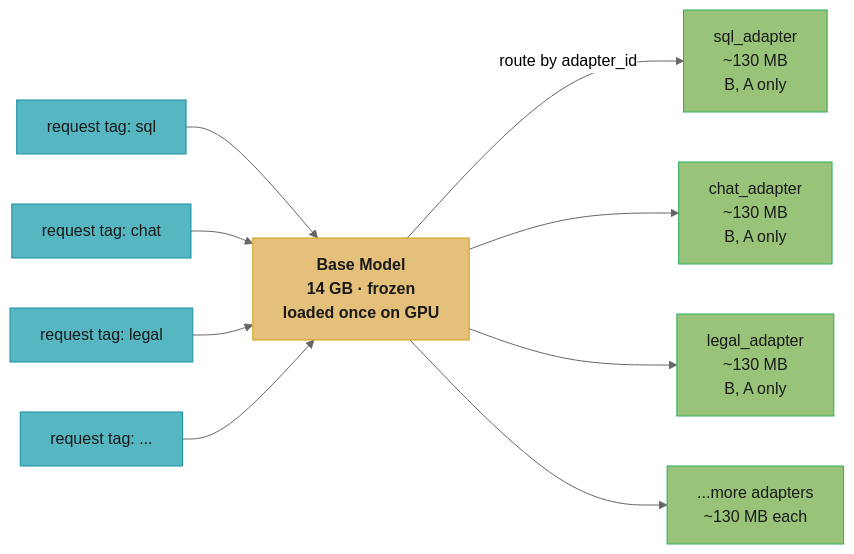
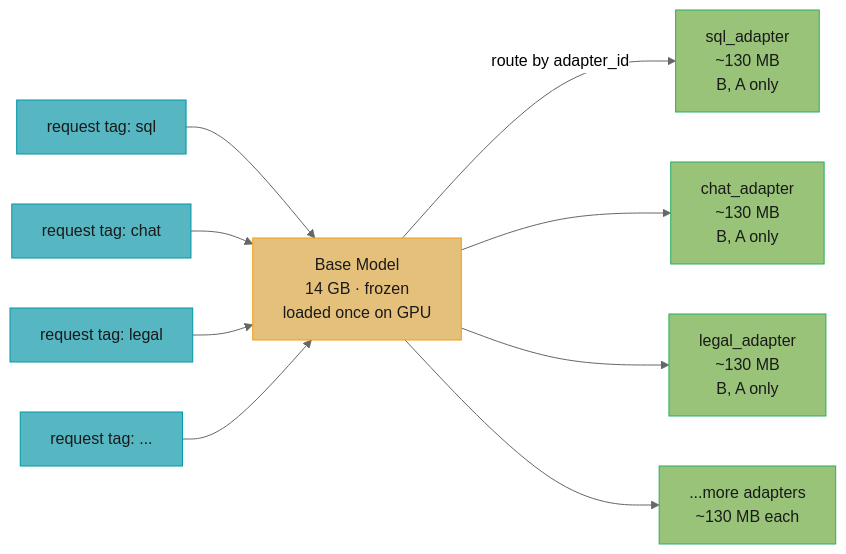
Before and after one commit to rppol/system-design: the third of 4 diagrams in src/main/java/com/rutik/systemdesign/llm/fine_tuning/lora.md, drawn with Mermaid (neutral theme). The commit also changed other lines of this file and 88 other files, not shown here.

````diff
--- a/src/main/java/com/rutik/systemdesign/llm/fine_tuning/lora.md
+++ b/src/main/java/com/rutik/systemdesign/llm/fine_tuning/lora.md
@@ -327,29 +332,33 @@
 ```mermaid
 %%{init: {'flowchart': {'curve': 'basis', 'nodeSpacing': 50, 'rankSpacing': 60}}}%%
 flowchart LR
-    classDef request fill:#56b6c2,stroke:#1a8fa0,color:#1a1a1a
-    classDef baseM   fill:#e5c07b,stroke:#d4a017,color:#1a1a1a,font-weight:bold
-    classDef adapter fill:#98c379,stroke:#27ae60,color:#1a1a1a
+    classDef io      fill:#61afef,stroke:#2e86c1,color:#1a1a1a,font-weight:bold
+    classDef frozen  fill:#c678dd,stroke:#9b59b6,color:#fff
+    classDef train   fill:#98c379,stroke:#27ae60,color:#1a1a1a
+    classDef mathOp  fill:#d19a66,stroke:#e67e22,color:#1a1a1a,font-weight:bold
+    classDef lossN   fill:#e06c75,stroke:#c0392b,color:#fff,font-weight:bold
+    classDef req     fill:#56b6c2,stroke:#0097a7,color:#1a1a1a
+    classDef base    fill:#e5c07b,stroke:#f39c12,color:#1a1a1a
 
     r1["request  tag: sql"]
     r2["request  tag: chat"]
     r3["request  tag: legal"]
     r4["request  tag: ..."]
     base["Base Model\n14 GB · frozen\nloaded once on GPU"]
     a1["sql_adapter\n~130 MB\nB, A only"]
     a2["chat_adapter\n~130 MB\nB, A only"]
     a3["legal_adapter\n~130 MB\nB, A only"]
     a4["...more adapters\n~130 MB each"]
     r1 --> base
     r2 --> base
     r3 --> base
     r4 --> base
     base -->|"route by adapter_id"| a1
     base --> a2
     base --> a3
     base --> a4
 
-    class r1,r2,r3,r4 request
-    class base baseM
-    class a1,a2,a3,a4 adapter
+    class r1,r2,r3,r4 req
+    class base base
+    class a1,a2,a3,a4 train
 ```
````
